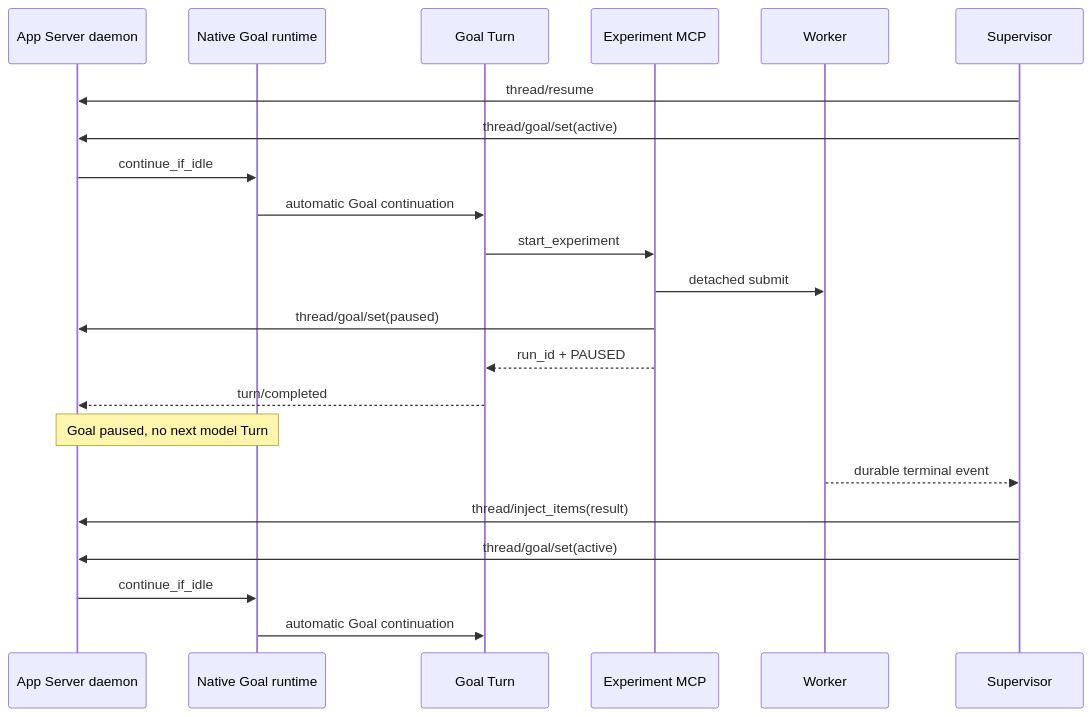
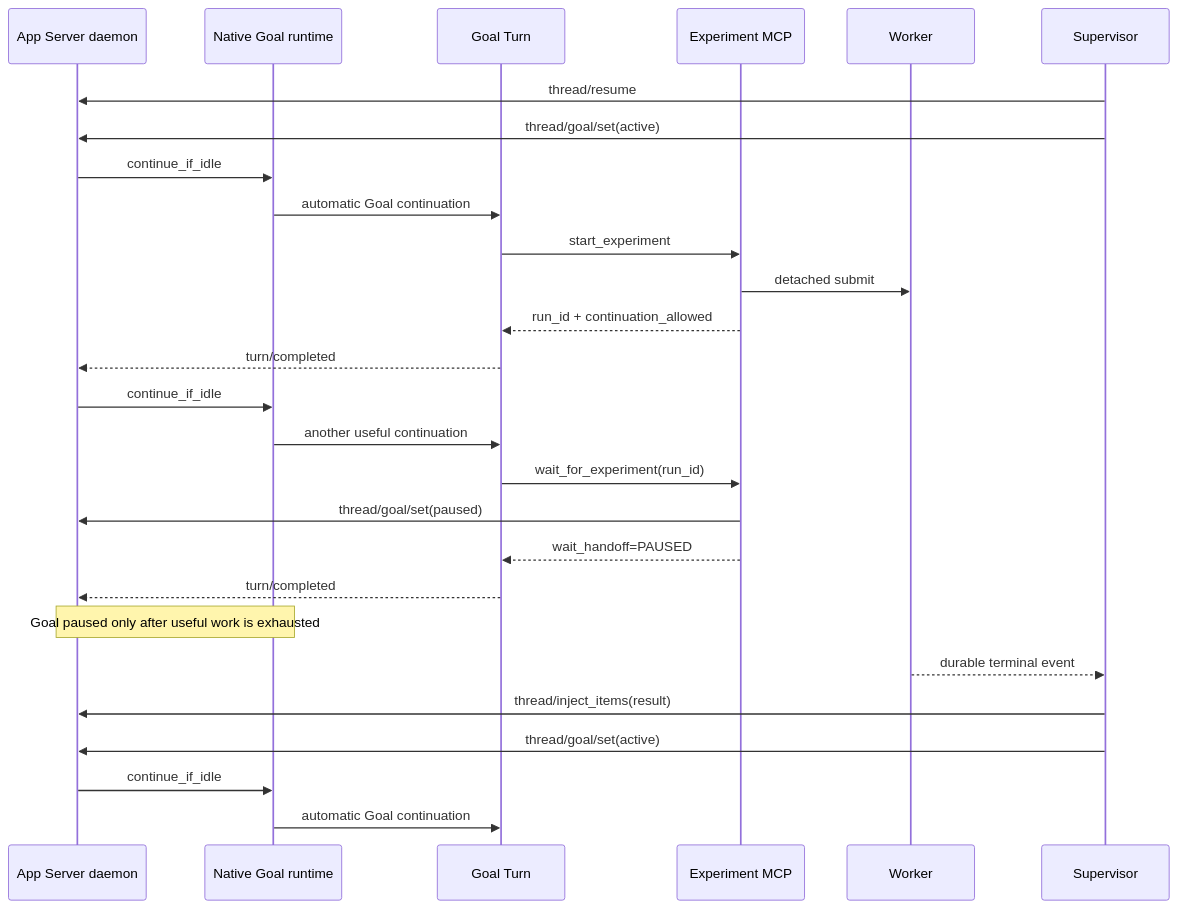
The second of 3 diagrams in docs/AUTO_RESEARCH_SUPERVISOR_SCHEDULER_DESIGN.md (dollarser/codex-auto-research), drawn with Mermaid before and after one commit. The commit also changed other lines of this file and 8 other files, not shown here.

Commit message:
fix: allow goal work while experiments run

````diff
--- a/docs/AUTO_RESEARCH_SUPERVISOR_SCHEDULER_DESIGN.md
+++ b/docs/AUTO_RESEARCH_SUPERVISOR_SCHEDULER_DESIGN.md
@@ -71,25 +138,30 @@
 ```mermaid
 sequenceDiagram
     participant D as App Server daemon
     participant G as Native Goal runtime
     participant C as Goal Turn
     participant M as Experiment MCP
     participant W as Worker
     participant S as Supervisor
 
     S->>D: thread/resume
     S->>D: thread/goal/set(active)
     D->>G: continue_if_idle
     G->>C: automatic Goal continuation
     C->>M: start_experiment
     M->>W: detached submit
+    M-->>C: run_id + continuation_allowed
+    C-->>D: turn/completed
+    D->>G: continue_if_idle
+    G->>C: another useful continuation
+    C->>M: wait_for_experiment(run_id)
     M->>D: thread/goal/set(paused)
-    M-->>C: run_id + PAUSED
+    M-->>C: wait_handoff=PAUSED
     C-->>D: turn/completed
-    Note over D,G: Goal paused, no next model Turn
+    Note over D,G: Goal paused only after useful work is exhausted
     W-->>S: durable terminal event
     S->>D: thread/inject_items(result)
     S->>D: thread/goal/set(active)
     D->>G: continue_if_idle
     G->>C: automatic Goal continuation
 ```
````
